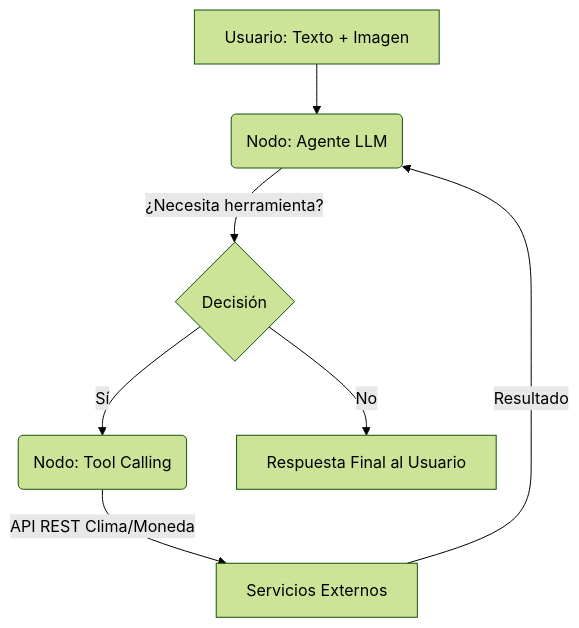
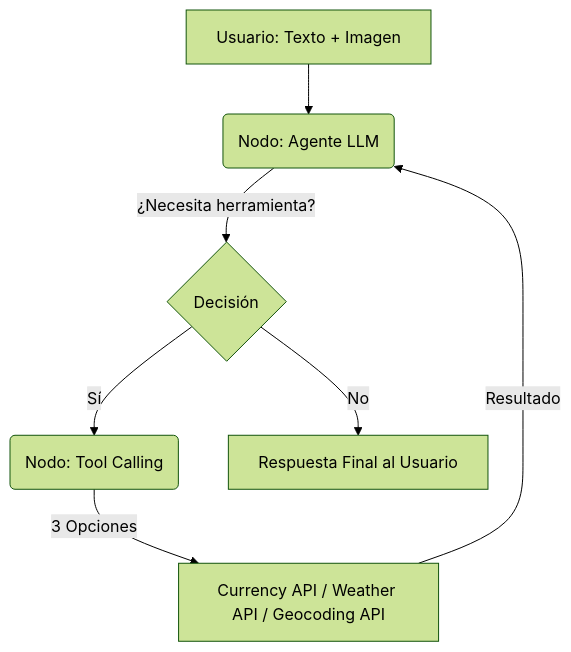
Before and after one commit to enriquehernandez/autonomous-multi-tool-agent: the first of 2 diagrams in PRODUCT_BLUEPRINT/01_DESIGN_SYSTEM/00_architecture.md, drawn with Mermaid (forest theme). The commit also changed other lines of this file and 19 other files, not shown here.

````diff
--- a/PRODUCT_BLUEPRINT/01_DESIGN_SYSTEM/00_architecture.md
+++ b/PRODUCT_BLUEPRINT/01_DESIGN_SYSTEM/00_architecture.md
@@ -6,9 +6,9 @@
 ```mermaid
 graph TD
     A[Usuario: Texto + Imagen] --> B(Nodo: Agente LLM)
     B -->|¿Necesita herramienta?| C{Decisión}
     C -->|Sí| D(Nodo: Tool Calling)
-    D -->|API REST Clima/Moneda| E[Servicios Externos]
+    D -->|3 Opciones| E[Currency API / Weather API / Geocoding API]
     E -->|Resultado| B
     C -->|No| F[Respuesta Final al Usuario]
 ```
````
